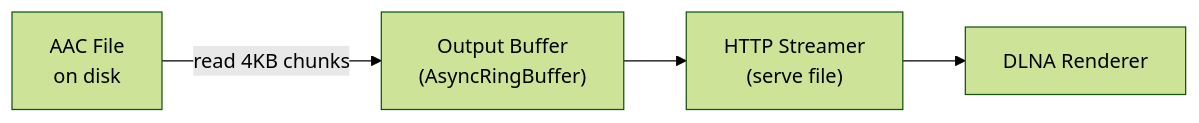
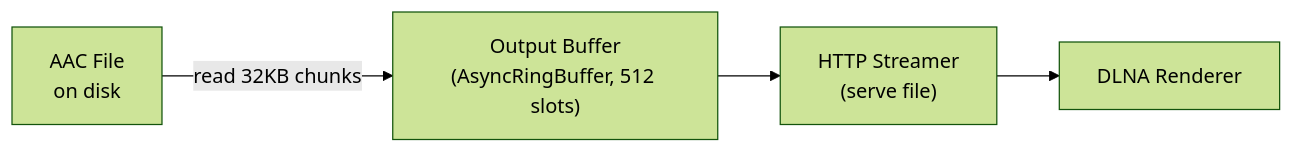
The fourth of 9 diagrams in docs/audio-pipeline.md (renesenses/tune-server-linux), drawn with Mermaid (forest theme) before and after one commit. The commit also changed other lines of this file and 5 other files, not shown here.

````diff
--- a/docs/audio-pipeline.md
+++ b/docs/audio-pipeline.md
@@ -80,6 +131,6 @@
 ```mermaid
 flowchart LR
-    FILE["AAC File<br>on disk"] -->|"read 4KB chunks"| BUF["Output Buffer<br>(AsyncRingBuffer)"]
+    FILE["AAC File<br>on disk"] -->|"read 32KB chunks"| BUF["Output Buffer<br>(AsyncRingBuffer, 512 slots)"]
     BUF --> HTTP["HTTP Streamer<br>(serve file)"]
     HTTP --> DMR["DLNA Renderer"]
 ```
````
